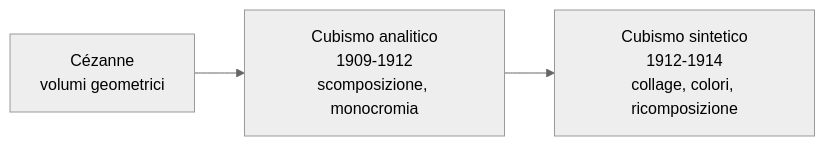
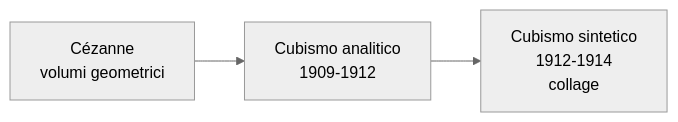
The diagram in docs/arte/avanguardie/cubismo.md (nadiadba/nadia-secondbrain), drawn with Mermaid (neutral theme) before and after one commit. The commit also changed other lines of this file, not shown here.

````diff
--- a/docs/arte/avanguardie/cubismo.md
+++ b/docs/arte/avanguardie/cubismo.md
@@ -16,5 +14,5 @@
 ```mermaid
 flowchart LR
-    A["Cézanne<br/>volumi geometrici"] --> B["Cubismo analitico<br/>1909-1912<br/>scomposizione, monocromia"]
-    B --> C["Cubismo sintetico<br/>1912-1914<br/>collage, colori, ricomposizione"]
+    A["Cézanne<br/>volumi geometrici"] --> B["Cubismo analitico<br/>1909-1912"]
+    B --> C["Cubismo sintetico<br/>1912-1914<br/>collage"]
 ```
````
